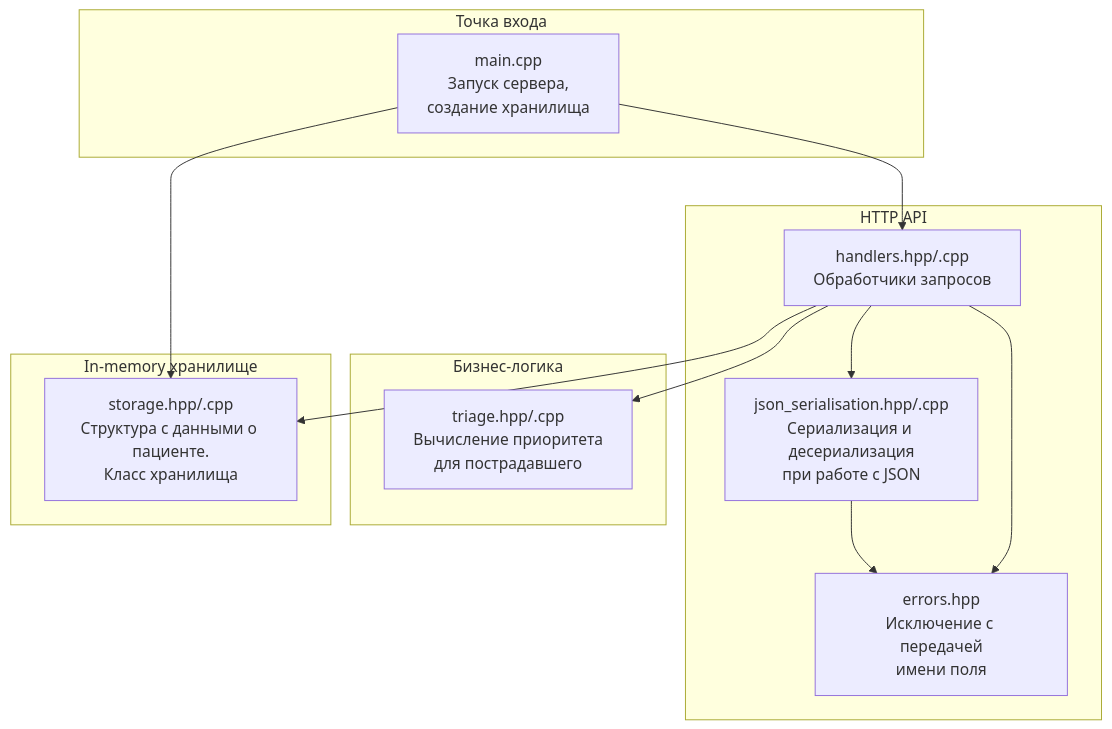
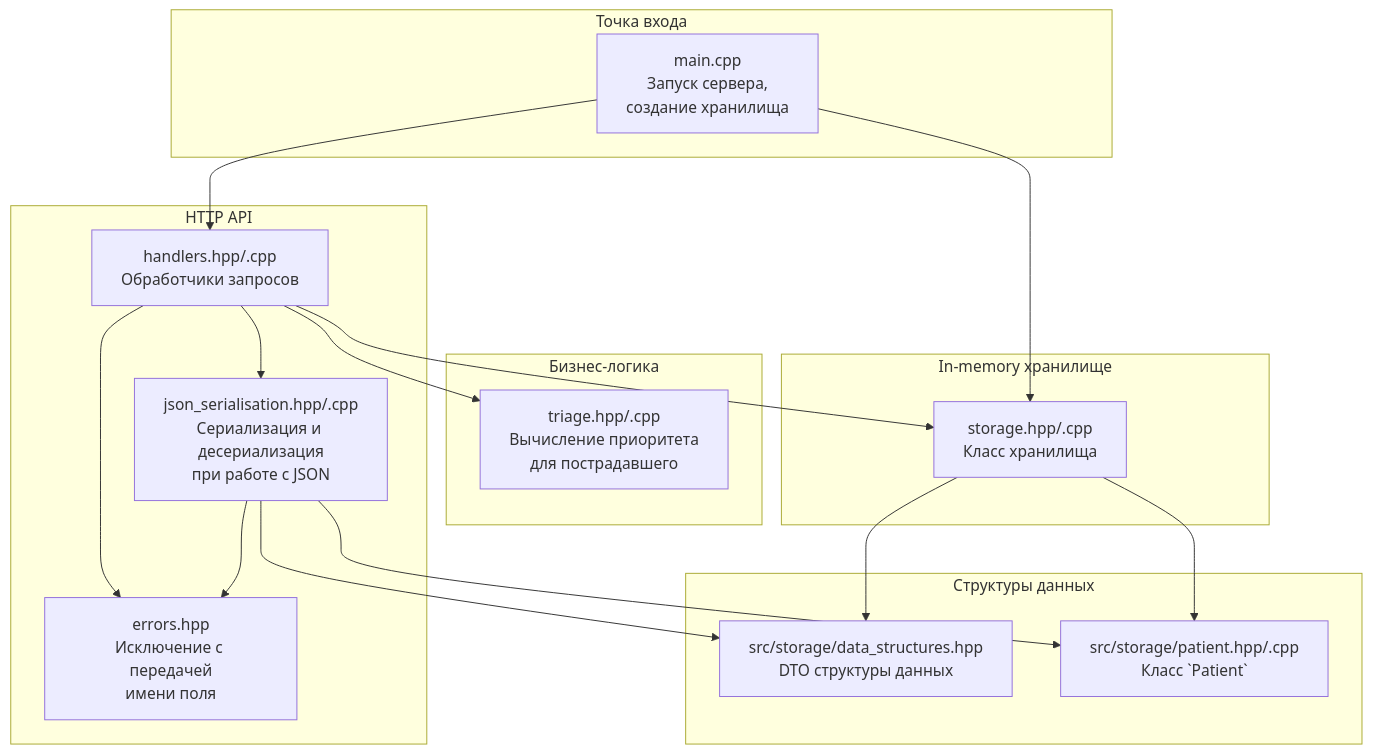
The diagram in docs/architecture.md (V1aDD05/emergency-triage-backend), drawn with Mermaid before and after one commit. The commit also changed other lines of this file and 3 other files, not shown here.

Commit message:
docs: updated documentation after data structures reorganisation

````diff
--- a/docs/architecture.md
+++ b/docs/architecture.md
@@ -8,29 +8,38 @@
 ```mermaid
 flowchart TD
     subgraph "Точка входа"
         M["main.cpp\nЗапуск сервера,\nсоздание хранилища"]
     end
 
     subgraph "HTTP API"
         A["handlers.hpp/.cpp\nОбработчики запросов"]
         B["json_serialisation.hpp/.cpp\nСериализация и десериализация\nпри работе с JSON"]
         C["errors.hpp\nИсключение с передачей\nимени поля"]
     end
 
     subgraph "Бизнес-логика"
         D["triage.hpp/.cpp\nВычисление приоритета\nдля пострадавшего"]
     end
 
     subgraph "In-memory хранилище"
-        E["storage.hpp/.cpp\nСтруктура с данными о пациенте.\nКласс хранилища"]
+        E["storage.hpp/.cpp\nКласс хранилища"]
+    end
+
+    subgraph "Структуры данных"
+        F["src/storage/data_structures.hpp\nDTO структуры данных"]
+        G["src/storage/patient.hpp/.cpp\nКласс `Patient`"]
     end
 
     M --> A
     M --> E
     A --> B
     B --> C
     A --> C
     A --> D
     A --> E
+    E --> F
+    E --> G
+    B --> F
+    B --> G
 
 ```
````
